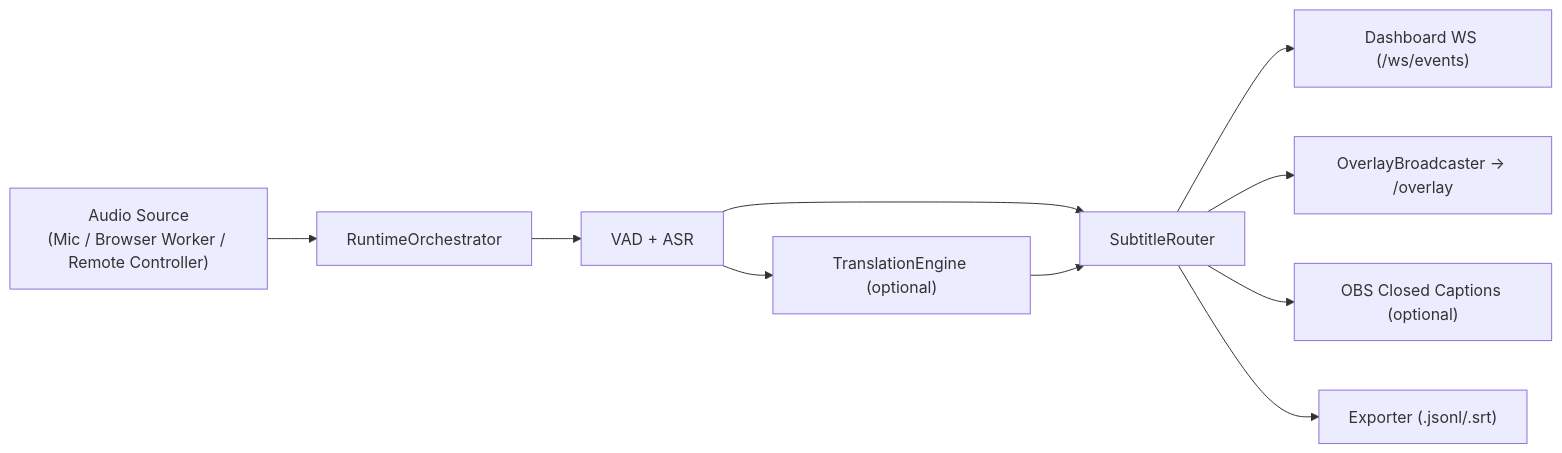
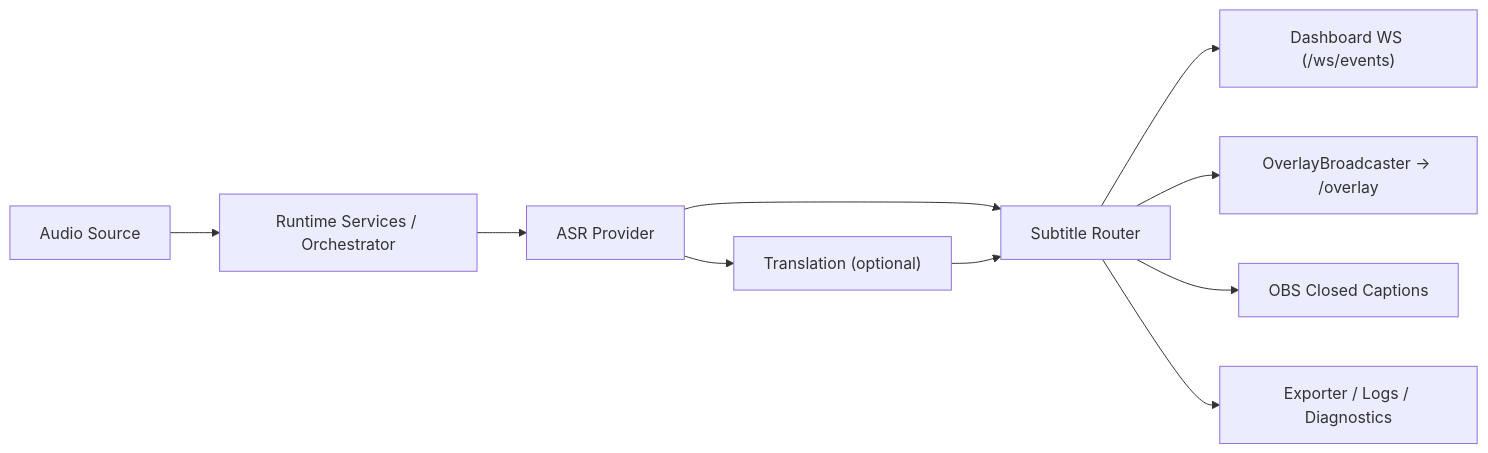
One commit to kiriuru/stream_sub_translator changed the diagram in docs/TECHNICAL_ARCHITECTURE.md. Above: the diagram before and after it, drawn with Mermaid. The commit also changed other lines of this file and 117 other files, not shown here.

Commit message:
Release 0.3.0 architecture and browser speech stabilization

````diff
--- a/docs/TECHNICAL_ARCHITECTURE.md
+++ b/docs/TECHNICAL_ARCHITECTURE.md
@@ -36,12 +41,12 @@
 ```mermaid
 flowchart LR
-  A["Audio Source<br/>(Mic / Browser Worker / Remote Controller)"] --> B["RuntimeOrchestrator"]
-  B --> C["VAD + ASR"]
-  C --> D["TranslationEngine (optional)"]
-  C --> E["SubtitleRouter"]
+  A["Audio Source"] --> B["Runtime Services / Orchestrator"]
+  B --> C["ASR Provider"]
+  C --> D["Translation (optional)"]
+  C --> E["Subtitle Router"]
   D --> E
   E --> F["Dashboard WS (/ws/events)"]
   E --> G["OverlayBroadcaster -> /overlay"]
-  E --> H["OBS Closed Captions (optional)"]
-  E --> I["Exporter (.jsonl/.srt)"]
+  E --> H["OBS Closed Captions"]
+  E --> I["Exporter / Logs / Diagnostics"]
 ```
````
